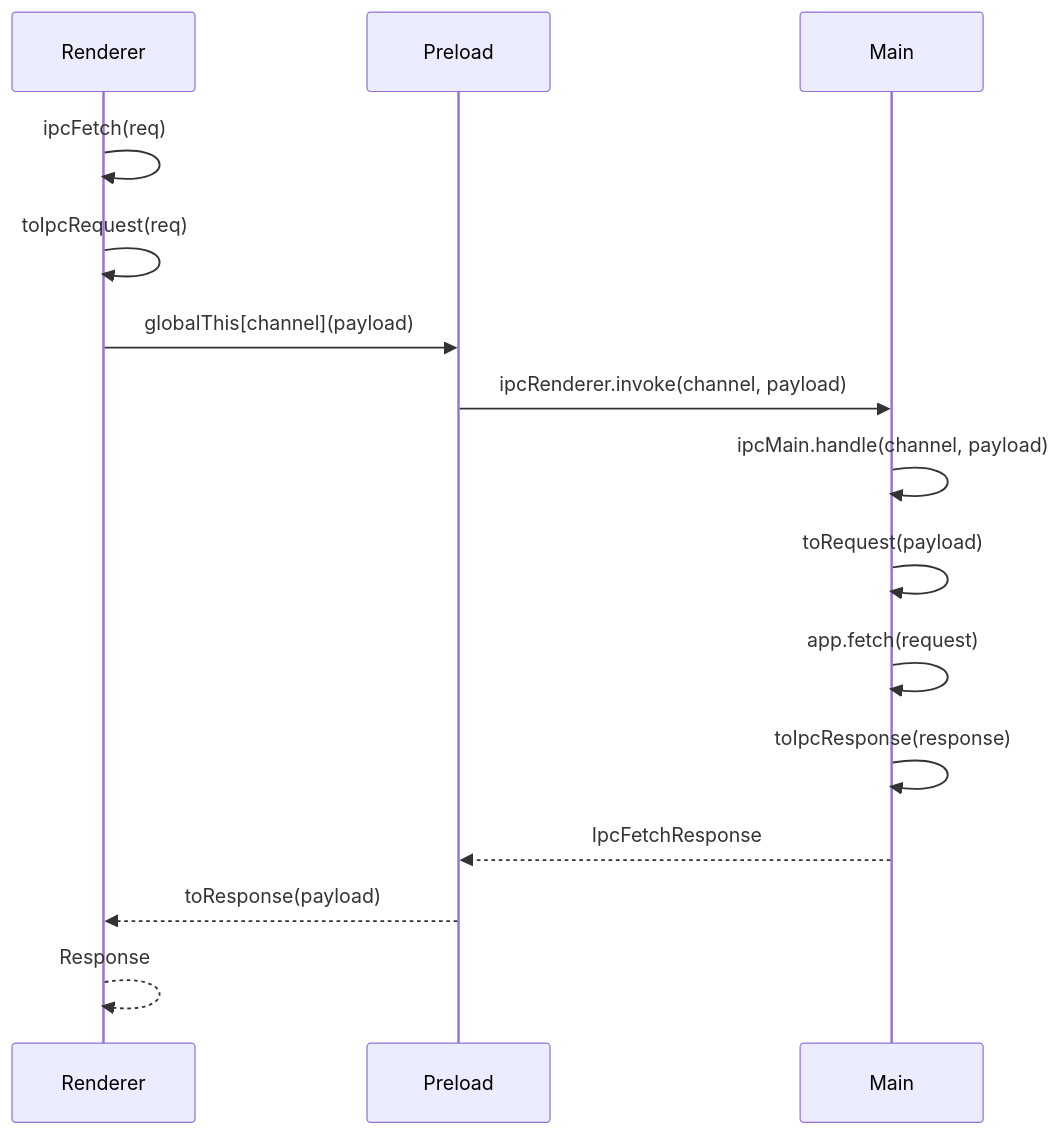
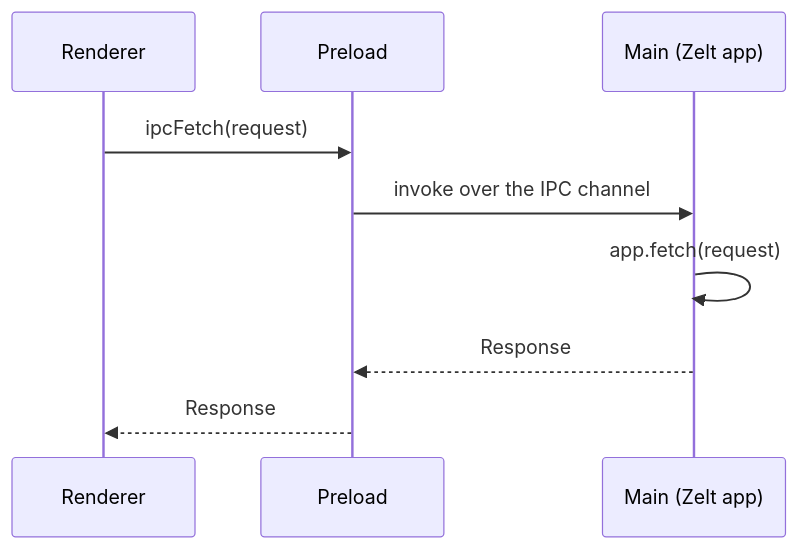
Before and after one commit to zeltjs/zelt: the diagram in website/docs/electron/ipc-bridge.md, drawn with Mermaid. The commit also changed 7 other files, not shown here.

First line of the commit message:
docs(website): redesign remaining diagrams for reader-facing clarity

````diff
--- a/website/docs/electron/ipc-bridge.md
+++ b/website/docs/electron/ipc-bridge.md
@@ -11,18 +11,12 @@
 ```mermaid
 sequenceDiagram
-  participant Renderer
-  participant Preload
-  participant Main
+  participant R as Renderer
+  participant P as Preload
+  participant M as Main (Zelt app)
 
-  Renderer->>Renderer: ipcFetch(req)
-  Renderer->>Renderer: toIpcRequest(req)
-  Renderer->>Preload: globalThis[channel](payload)
-  Preload->>Main: ipcRenderer.invoke(channel, payload)
-  Main->>Main: ipcMain.handle(channel, payload)
-  Main->>Main: toRequest(payload)
-  Main->>Main: app.fetch(request)
-  Main->>Main: toIpcResponse(response)
-  Main-->>Preload: IpcFetchResponse
-  Preload-->>Renderer: toResponse(payload)
-  Renderer-->>Renderer: Response
+  R->>P: ipcFetch(request)
+  P->>M: invoke over the IPC channel
+  M->>M: app.fetch(request)
+  M-->>P: Response
+  P-->>R: Response
 ```
````
